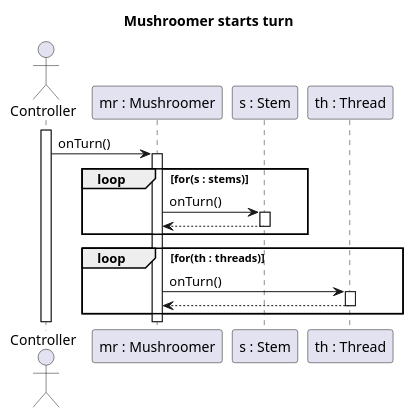
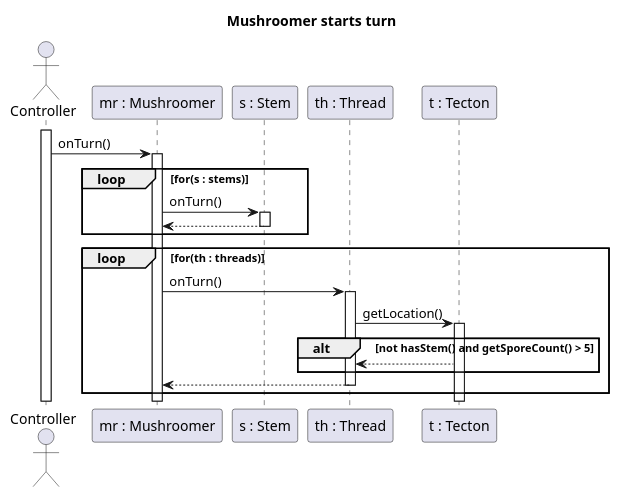
Before and after one commit to Petya-G/fungorium: the diagram in 5/sequences/mushroomerStartsTurn.puml, drawn with PlantUML. The commit also changed 3 other files, not shown here.

Commit message:
more diagrams

```diff
--- a/5/sequences/mushroomerStartsTurn.puml
+++ b/5/sequences/mushroomerStartsTurn.puml
@@ -1,31 +1,40 @@
 @startuml Mushroomer starts turn
 
 title Mushroomer starts turn
 
 actor Controller
 participant "mr : Mushroomer" as MR
 participant "s : Stem" as S
 participant "th : Thread" as TH
+participant "t : Tecton" as T
 
 activate Controller
 Controller -> MR : onTurn()
 activate MR
 
 loop for(s : stems)
     MR -> S : onTurn()
     activate S
 
     MR <-- S
     deactivate S
 end
 
 loop for(th : threads)
     MR -> TH : onTurn()
     activate TH
 
+    TH -> T : getLocation()
+    activate T
+    alt  not hasStem() and getSporeCount() > 5
+
+
+    TH <-- T
+    end
+
     MR <-- TH
     deactivate TH
 end
 
 
 @enduml
```
